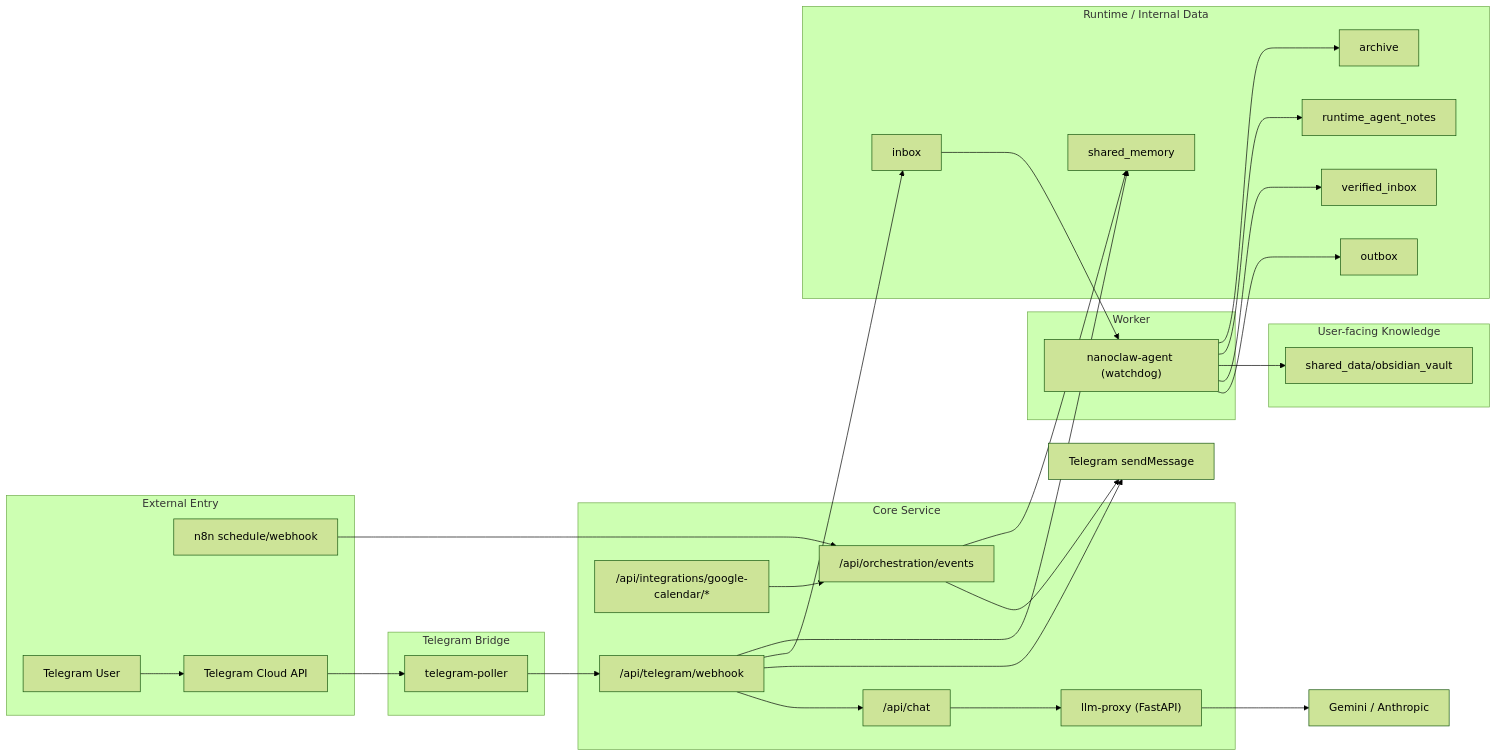
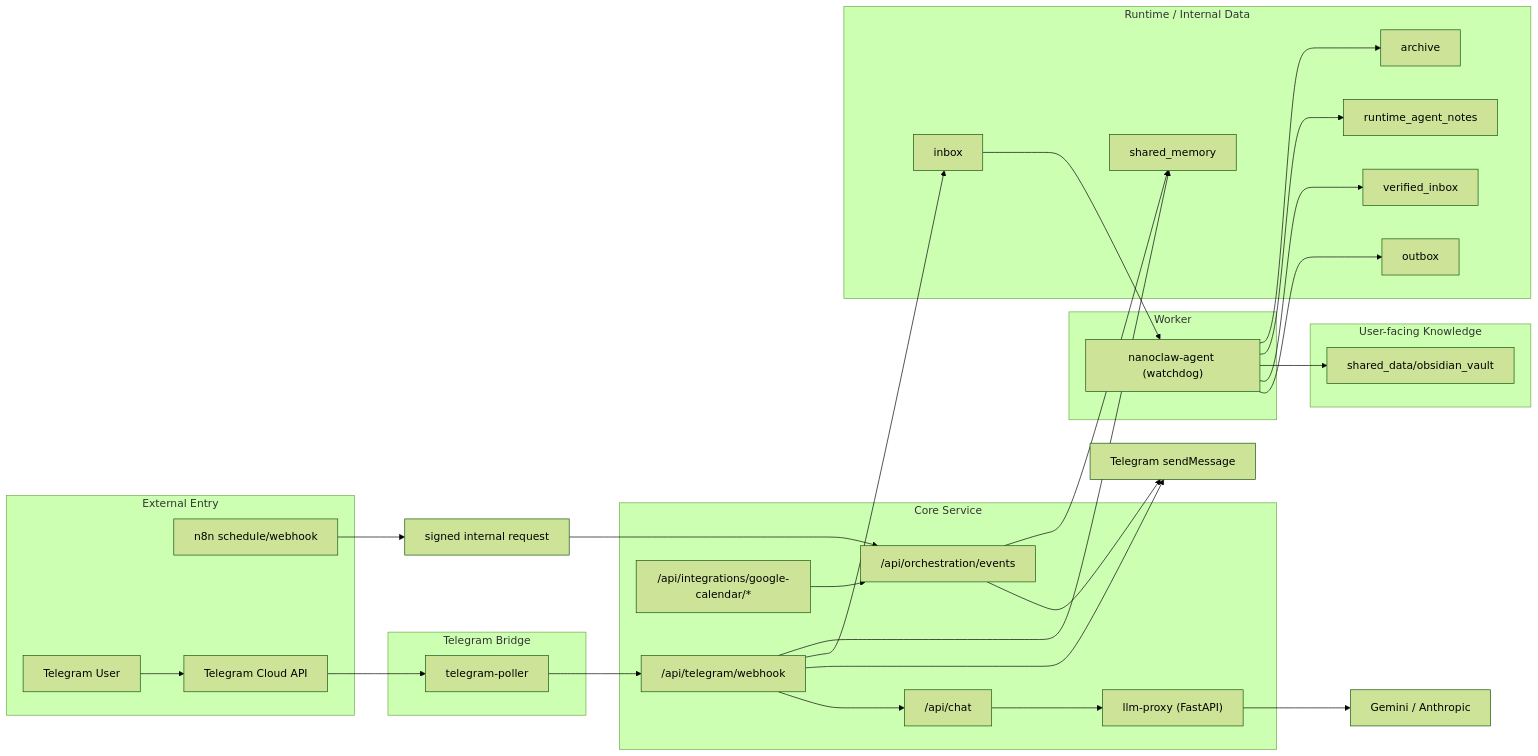
One commit to Merchantlee99/Personal-AI-agent-v2 changed the first of 5 diagrams in docs/ARCHITECTURE.md. Above: the diagram before and after it, drawn with Mermaid (forest theme). The commit also changed other lines of this file and 28 other files, not shown here.

````diff
--- a/docs/ARCHITECTURE.md
+++ b/docs/ARCHITECTURE.md
@@ -23,60 +23,61 @@
 ```mermaid
 flowchart LR
   subgraph ENTRY["External Entry"]
     TGUSER["Telegram User"]
     N8N["n8n schedule/webhook"]
     TAPI["Telegram Cloud API"]
   end
 
   subgraph CORE["Core Service"]
     PX["llm-proxy (FastAPI)"]
     CHAT["/api/chat"]
     ORCH["/api/orchestration/events"]
     TGCB["/api/telegram/webhook"]
     GCAL["/api/integrations/google-calendar/*"]
   end
 
   subgraph BRIDGE["Telegram Bridge"]
     TGP["telegram-poller"]
   end
 
   subgraph WORKER["Worker"]
     AG["nanoclaw-agent (watchdog)"]
   end
 
   subgraph USERDATA["User-facing Knowledge"]
     VAULT["shared_data/obsidian_vault"]
   end
 
   subgraph RUNTIME["Runtime / Internal Data"]
     INBOX["inbox"]
     OUTBOX["outbox"]
     VERIFIED["verified_inbox"]
     MEM["shared_memory"]
     RNOTES["runtime_agent_notes"]
     ARCH["archive"]
   end
 
   TGUSER --> TAPI
   TAPI --> TGP
   TGP --> TGCB
   TGCB --> CHAT
   CHAT --> PX
   PX --> LLM["Gemini / Anthropic"]
 
-  N8N --> ORCH
+  N8N --> SIGN["signed internal request"]
+  SIGN --> ORCH
   ORCH --> TGAPI["Telegram sendMessage"]
   TGCB --> TGAPI
 
   TGCB --> INBOX
   INBOX --> AG
   AG --> OUTBOX
   AG --> VERIFIED
   AG --> VAULT
   AG --> RNOTES
   AG --> ARCH
 
   ORCH --> MEM
   TGCB --> MEM
   GCAL --> ORCH
 ```
````
